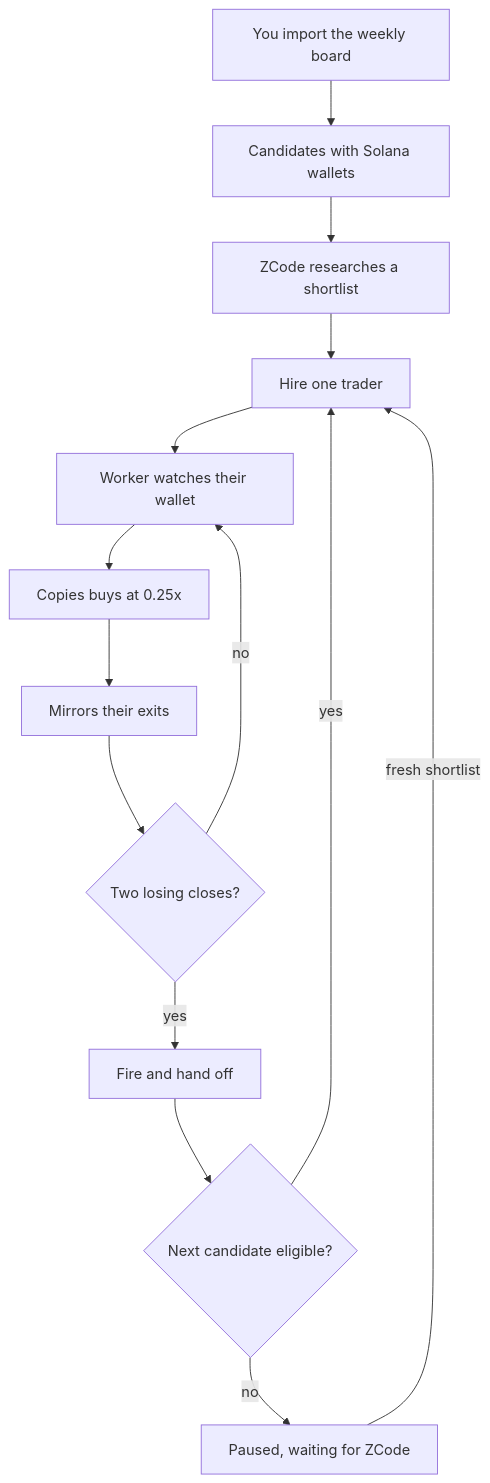
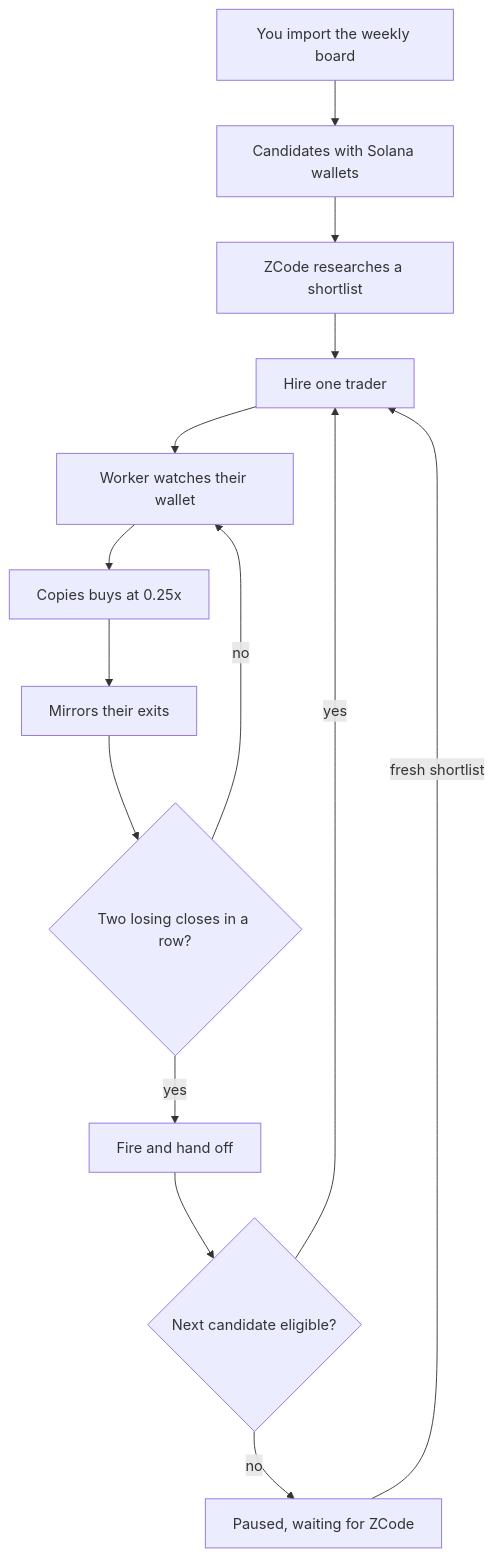
One commit to RuneL89/zcode-copytrade-bot changed the diagram in docs/diagrams/copy-loop-overview.mmd. Above: the diagram before and after it, drawn with Mermaid. The commit also changed 4 other files, not shown here.

```diff
--- a/docs/diagrams/copy-loop-overview.mmd
+++ b/docs/diagrams/copy-loop-overview.mmd
@@ -1,15 +1,15 @@
 %% Render: ~/.zcode/tools/mermaid-render/render.sh -i copy-loop-overview.mmd -o ../images/copy-loop-overview.png -b white -s 2 -w 1600
 flowchart TD
     A["You import the weekly board"] --> B["Candidates with Solana wallets"]
     B --> C["ZCode researches a shortlist"]
     C --> D["Hire one trader"]
     D --> E["Worker watches their wallet"]
     E --> F["Copies buys at 0.25x"]
     F --> G["Mirrors their exits"]
-    G --> H{"Two losing closes?"}
+    G --> H{"Two losing closes in a row?"}
     H -->|no| E
     H -->|yes| I["Fire and hand off"]
     I --> J{"Next candidate eligible?"}
     J -->|yes| D
     J -->|no| K["Paused, waiting for ZCode"]
     K -->|fresh shortlist| D
```
